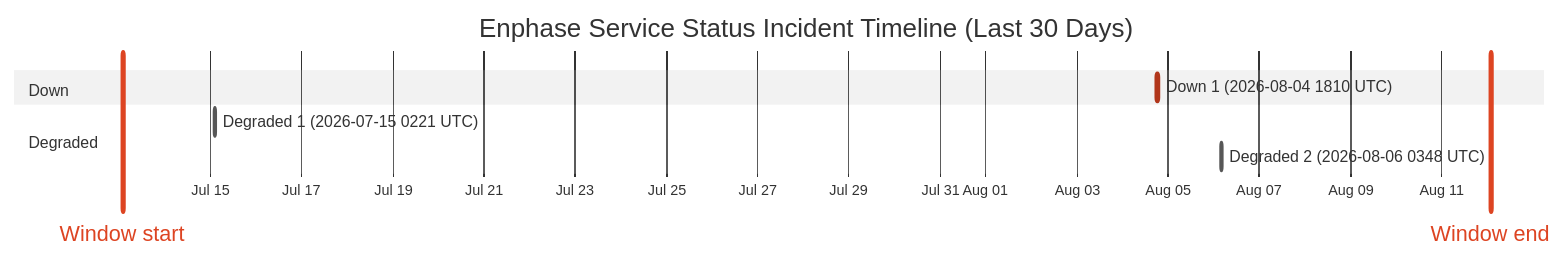
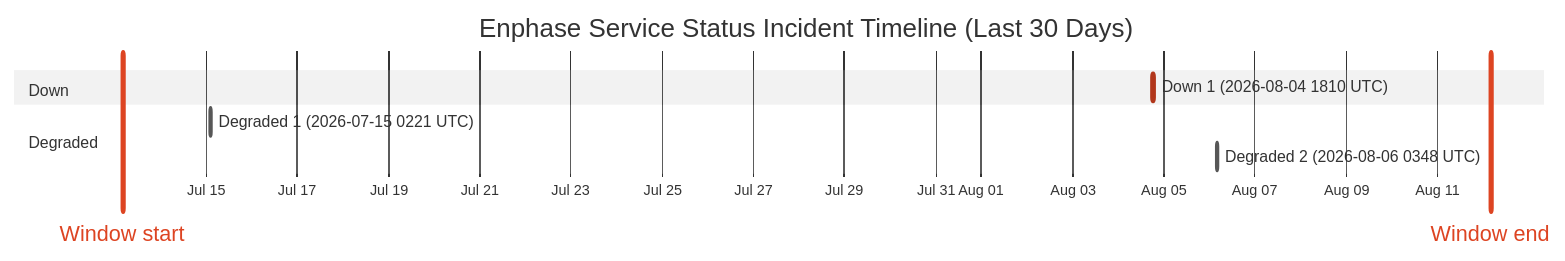
The diagram in wiki/Service-Status-History.md (barneyonline/ha-enphase-energy), drawn with Mermaid (neutral theme) before and after one commit. The commit also changed other lines of this file and 3 other files, not shown here.

````diff
--- a/wiki/Service-Status-History.md
+++ b/wiki/Service-Status-History.md
@@ -14,13 +14,13 @@
 ```mermaid
 gantt
     title Enphase Service Status Incident Timeline (Last 30 Days)
     dateFormat  YYYY-MM-DDTHH:mm:ss
     axisFormat  %b %d
-    Window start :vert, window-start, 2026-07-13T01:48:03, 0ms
-    Window end :vert, window-end, 2026-08-12T01:48:03, 0ms
+    Window start :vert, window-start, 2026-07-13T04:05:47, 0ms
+    Window end :vert, window-end, 2026-08-12T04:05:47, 0ms
     section Down
     Down 1 (2026-08-04 1810 UTC) :crit, down-1, 2026-08-04T18:10:46, 60m
     section Degraded
     Degraded 1 (2026-07-15 0221 UTC) :active, degraded-1, 2026-07-15T02:21:35, 60m
     Degraded 2 (2026-08-06 0348 UTC) :active, degraded-2, 2026-08-06T03:48:14, 60m
 ```
````
